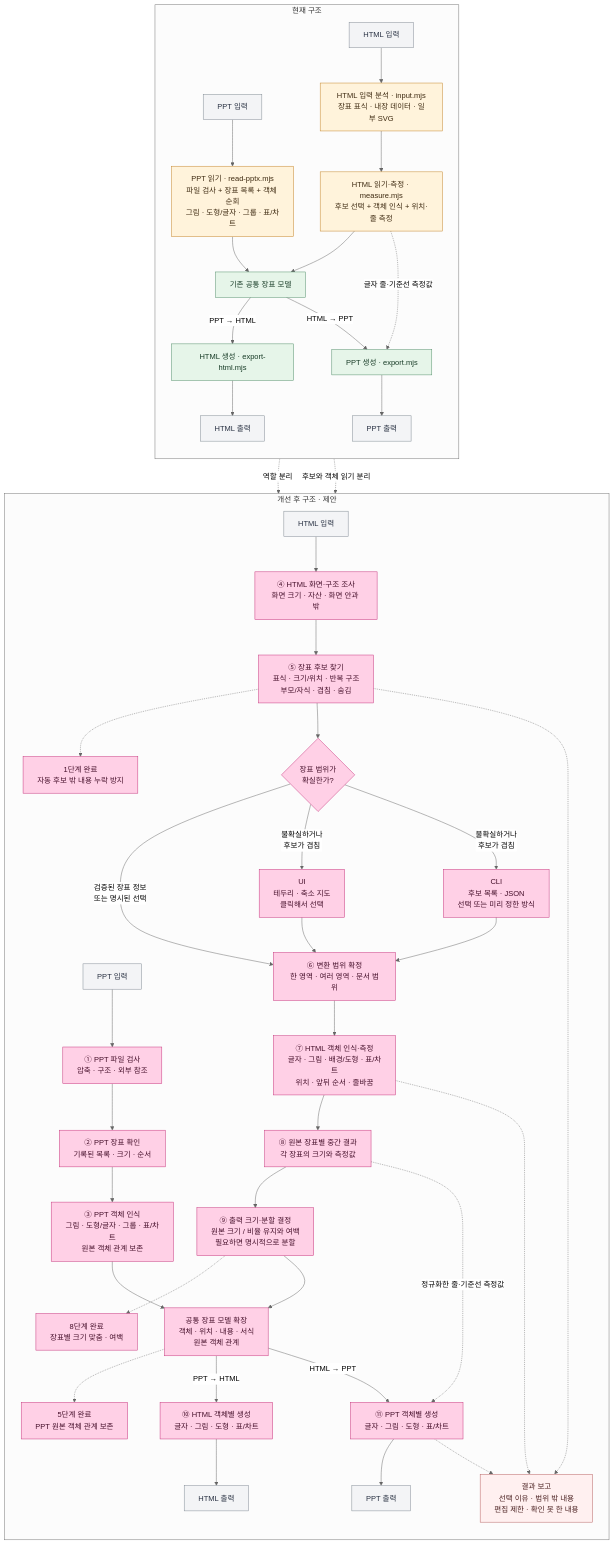
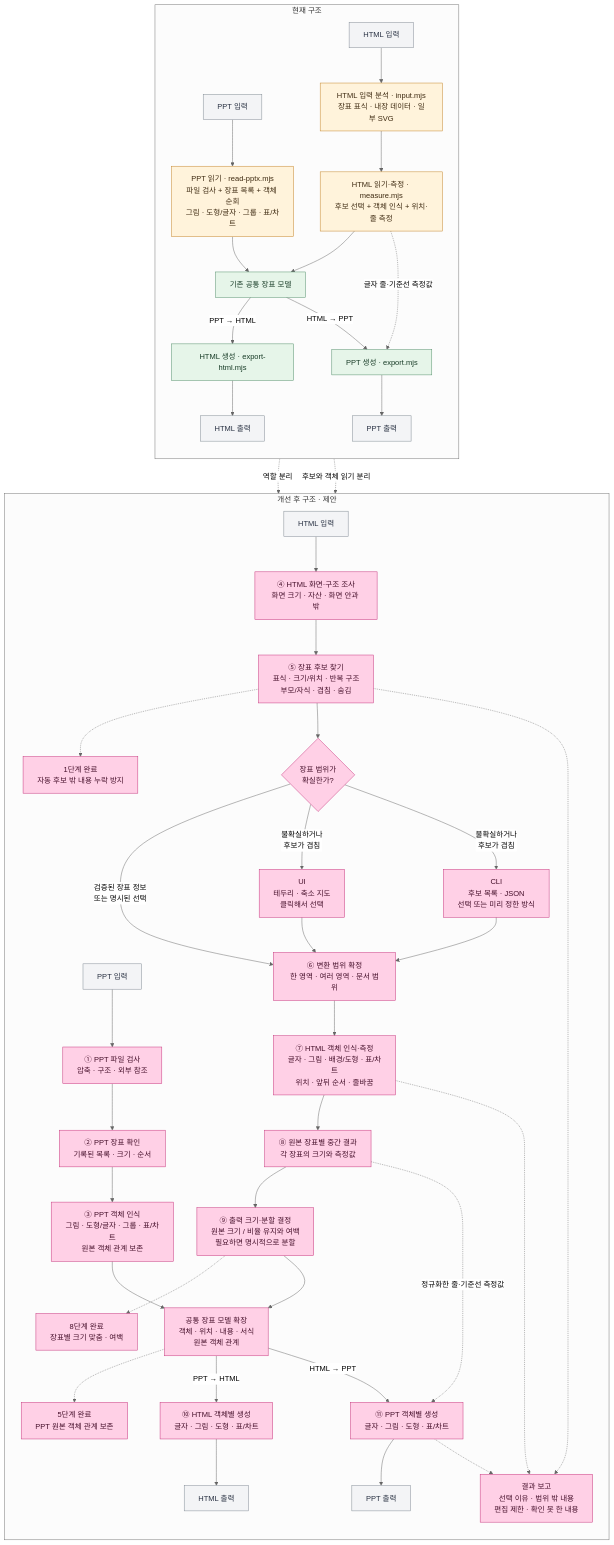
The diagram in docs/architecture/refactor-progress.md (Kyuhan1230/ppt-again), drawn with Mermaid (neutral theme) before and after one commit. The commit also changed other lines of this file and 5 other files, not shown here.

````diff
--- a/docs/architecture/refactor-progress.md
+++ b/docs/architecture/refactor-progress.md
@@ -5,62 +5,61 @@
 ```mermaid
 flowchart TB
   subgraph CURRENT["현재 구조"]
     direction TB
     CP["PPT 입력"] --> CPR["PPT 읽기 · read-pptx.mjs<br/>파일 검사 + 장표 목록 + 객체 순회<br/>그림 · 도형/글자 · 그룹 · 표/차트"]
     CH["HTML 입력"] --> CHI["HTML 입력 분석 · input.mjs<br/>장표 표식 · 내장 데이터 · 일부 SVG"]
     CHI --> CHM["HTML 읽기·측정 · measure.mjs<br/>후보 선택 + 객체 인식 + 위치·줄 측정"]
     CPR --> CM["기존 공통 장표 모델"]
     CHM --> CM
     CM -->|"PPT → HTML"| CHW["HTML 생성 · export-html.mjs"]
     CHW --> CHO["HTML 출력"]
     CM -->|"HTML → PPT"| CPW["PPT 생성 · export.mjs"]
     CHM -.->|"글자 줄·기준선 측정값"| CPW
     CPW --> CPO["PPT 출력"]
   end
 
   subgraph PROPOSED["개선 후 구조 · 제안"]
     direction TB
     NP["PPT 입력"] --> NPC["① PPT 파일 검사<br/>압축 · 구조 · 외부 참조"]
     NPC --> NPS["② PPT 장표 확인<br/>기록된 목록 · 크기 · 순서"]
     NPS --> NPO["③ PPT 객체 인식<br/>그림 · 도형/글자 · 그룹 · 표/차트<br/>원본 객체 관계 보존"]
     NH["HTML 입력"] --> NHR["④ HTML 화면·구조 조사<br/>화면 크기 · 자산 · 화면 안과 밖"]
     NHR --> NHC["⑤ 장표 후보 찾기<br/>표식 · 크기/위치 · 반복 구조<br/>부모/자식 · 겹침 · 숨김"]
     NHC -.-> ST1["1단계 완료<br/>자동 후보 밖 내용 누락 방지"]
     NHC --> ND{"장표 범위가<br/>확실한가?"}
     ND -->|"검증된 장표 정보<br/>또는 명시된 선택"| NS["⑥ 변환 범위 확정<br/>한 영역 · 여러 영역 · 문서 범위"]
     ND -->|"불확실하거나<br/>후보가 겹침"| NUI["UI<br/>테두리 · 축소 지도<br/>클릭해서 선택"]
     ND -->|"불확실하거나<br/>후보가 겹침"| NCLI["CLI<br/>후보 목록 · JSON<br/>선택 또는 미리 정한 방식"]
     NUI --> NS
     NCLI --> NS
     NS --> NHO["⑦ HTML 객체 인식·측정<br/>글자 · 그림 · 배경/도형 · 표/차트<br/>위치 · 앞뒤 순서 · 줄바꿈"]
     NHO --> NI["⑧ 원본 장표별 중간 결과<br/>각 장표의 크기와 측정값"]
     NI --> NFIT["⑨ 출력 크기·분할 결정<br/>원본 크기 / 비율 유지와 여백<br/>필요하면 명시적으로 분할"]
     NFIT -.-> ST8["8단계 완료<br/>장표별 크기 맞춤 · 여백"]
     NFIT --> NM["공통 장표 모델 확장<br/>객체 · 위치 · 내용 · 서식<br/>원본 객체 관계"]
     NPO --> NM
     NM -.-> ST5["5단계 완료<br/>PPT 원본 객체 관계 보존"]
     NM -->|"PPT → HTML"| NHW["⑩ HTML 객체별 생성<br/>글자 · 그림 · 도형 · 표/차트"]
     NHW --> NHOOUT["HTML 출력"]
     NM -->|"HTML → PPT"| NPW["⑪ PPT 객체별 생성<br/>글자 · 그림 · 도형 · 표/차트"]
     NI -.->|"정규화한 줄·기준선 측정값"| NPW
     NPW --> NPOUT["PPT 출력"]
     NHC -.-> REPORT["결과 보고<br/>선택 이유 · 범위 밖 내용<br/>편집 제한 · 확인 못 한 내용"]
     NHO -.-> REPORT
     NPW -.-> REPORT
   end
 
   CPR -.->|"역할 분리"| NPC
   CHM -.->|"후보와 객체 읽기 분리"| NHR
   classDef input fill:#f3f4f6,stroke:#7d8790,color:#283142
   classDef current fill:#fff3db,stroke:#c18124,color:#3f2b12
   classDef proposed fill:#e8f1ff,stroke:#557fb3,color:#102a48
   classDef common fill:#e6f5e9,stroke:#4e8b66,color:#183c27
   classDef choice fill:#f4edff,stroke:#8767ad,color:#36254b
   classDef report fill:#fff0f0,stroke:#b35b5b,color:#4a2020
   classDef done fill:#ffd0e6,stroke:#c42e78,color:#46102b
   class CP,CH,CHO,CPO,NP,NH,NHOOUT,NPOUT input
   class CPR,CHI,CHM current
   class CM,CHW,CPW common
-  class REPORT report
-  class ST1,ST5,ST8,NHR,NHC,ND,NUI,NCLI,NS,NHO,NI,NFIT,NM,NPC,NPS,NPO,NHW,NPW done
+  class ST1,ST5,ST8,NHR,NHC,ND,NUI,NCLI,NS,NHO,NI,NFIT,NM,NPC,NPS,NPO,NHW,NPW,REPORT done
 ```
````
